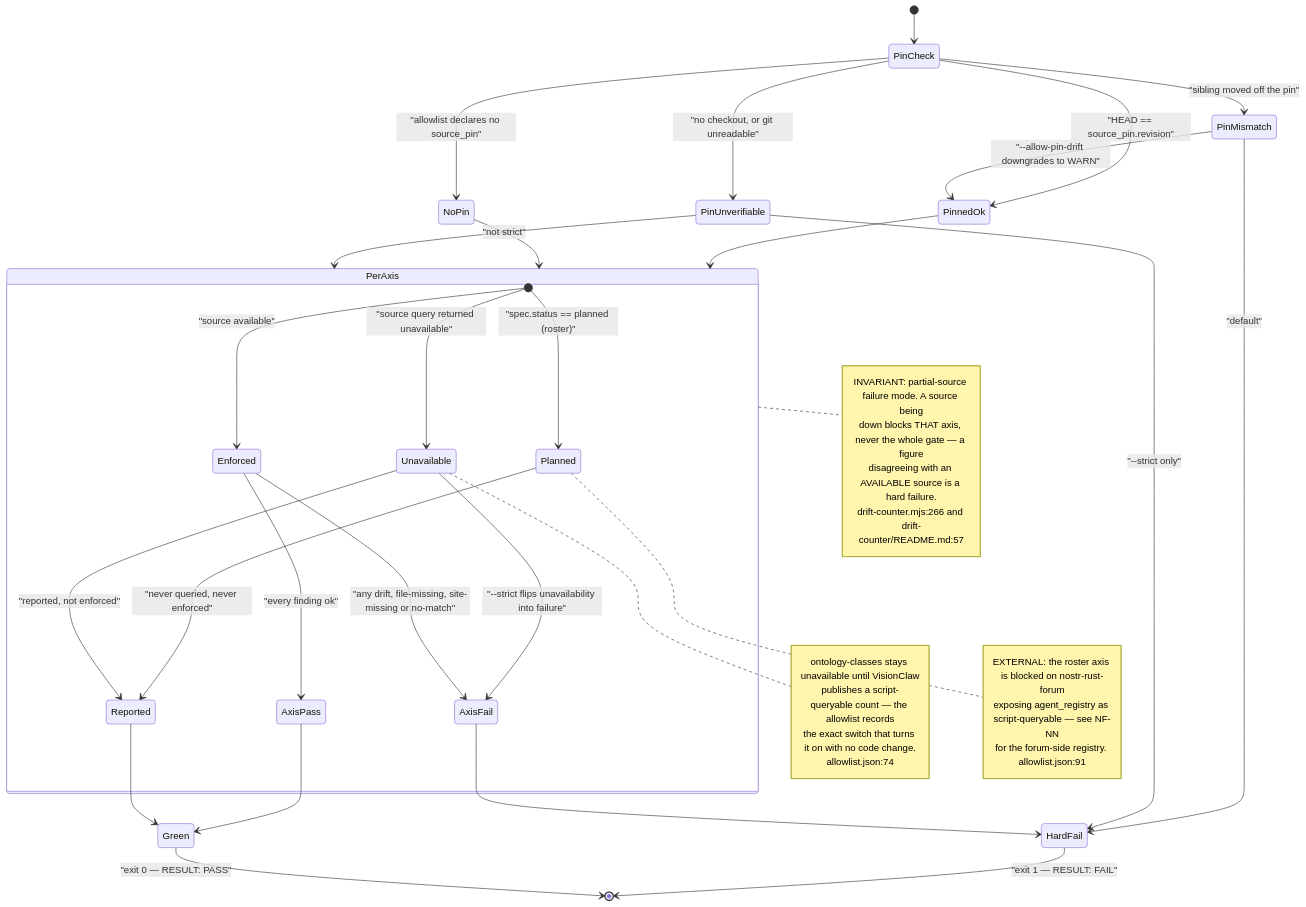
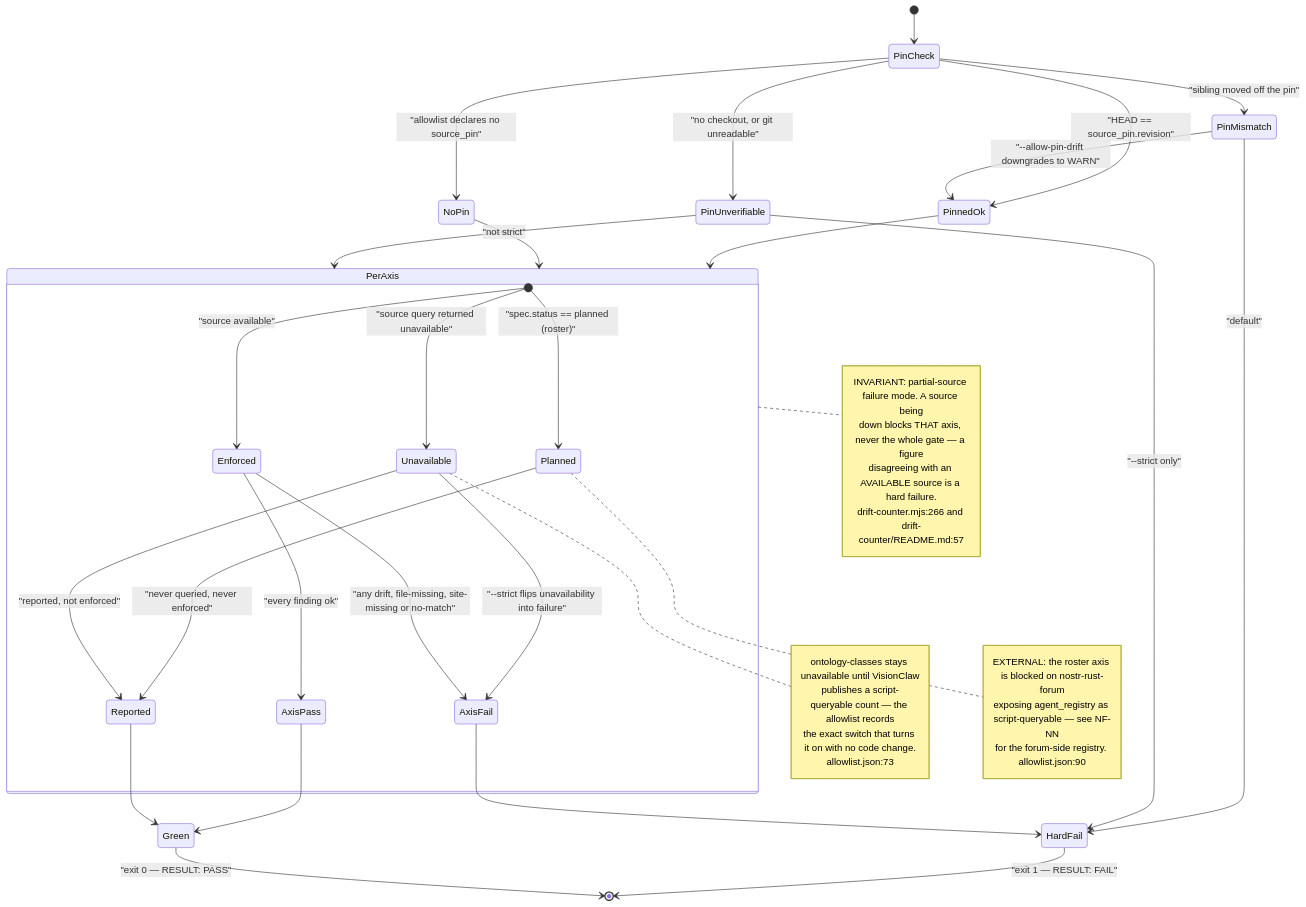
Before and after one commit to DreamLab-AI/VisionFlow: the fourth of 13 diagrams in docs/diagrams/visionflow/05-governance-gates.md, drawn with Mermaid. The commit also changed other lines of this file and 160 other files, not shown here.

````diff
--- a/docs/diagrams/visionflow/05-governance-gates.md
+++ b/docs/diagrams/visionflow/05-governance-gates.md
@@ -188,56 +175,56 @@
 ```mermaid
 stateDiagram-v2
     [*] --> PinCheck
 
     PinCheck --> PinnedOk : "HEAD == source_pin.revision"
     PinCheck --> PinMismatch : "sibling moved off the pin"
     PinCheck --> PinUnverifiable : "no checkout, or git unreadable"
     PinCheck --> NoPin : "allowlist declares no source_pin"
 
     PinMismatch --> HardFail : "default"
     PinMismatch --> PinnedOk : "--allow-pin-drift downgrades to WARN"
     PinUnverifiable --> HardFail : "--strict only"
 
     PinnedOk --> PerAxis
     NoPin --> PerAxis
     PinUnverifiable --> PerAxis : "not strict"
 
     state PerAxis {
         [*] --> Planned : "spec.status == planned (roster)"
         [*] --> Unavailable : "source query returned unavailable"
         [*] --> Enforced : "source available"
 
         Planned --> Reported : "never queried, never enforced"
         Unavailable --> Reported : "reported, not enforced"
         Unavailable --> AxisFail : "--strict flips unavailability into failure"
         Enforced --> AxisPass : "every finding ok"
         Enforced --> AxisFail : "any drift, file-missing, site-missing or no-match"
     }
 
     AxisFail --> HardFail
     AxisPass --> Green
     Reported --> Green
 
     HardFail --> [*] : "exit 1 — RESULT: FAIL"
     Green --> [*] : "exit 0 — RESULT: PASS"
 
     note right of PerAxis
         INVARIANT: partial-source failure mode. A source being
         down blocks THAT axis, never the whole gate — a figure
         disagreeing with an AVAILABLE source is a hard failure.
         drift-counter.mjs:266 and drift-counter/README.md:57
     end note
 
     note right of Unavailable
         ontology-classes stays unavailable until VisionClaw
         publishes a script-queryable count — the allowlist records
         the exact switch that turns it on with no code change.
-        allowlist.json:74
+        allowlist.json:73
     end note
 
     note right of Planned
         EXTERNAL: the roster axis is blocked on nostr-rust-forum
         exposing agent_registry as script-queryable — see NF-NN
-        for the forum-side registry. allowlist.json:91
+        for the forum-side registry. allowlist.json:90
     end note
 ```
````
